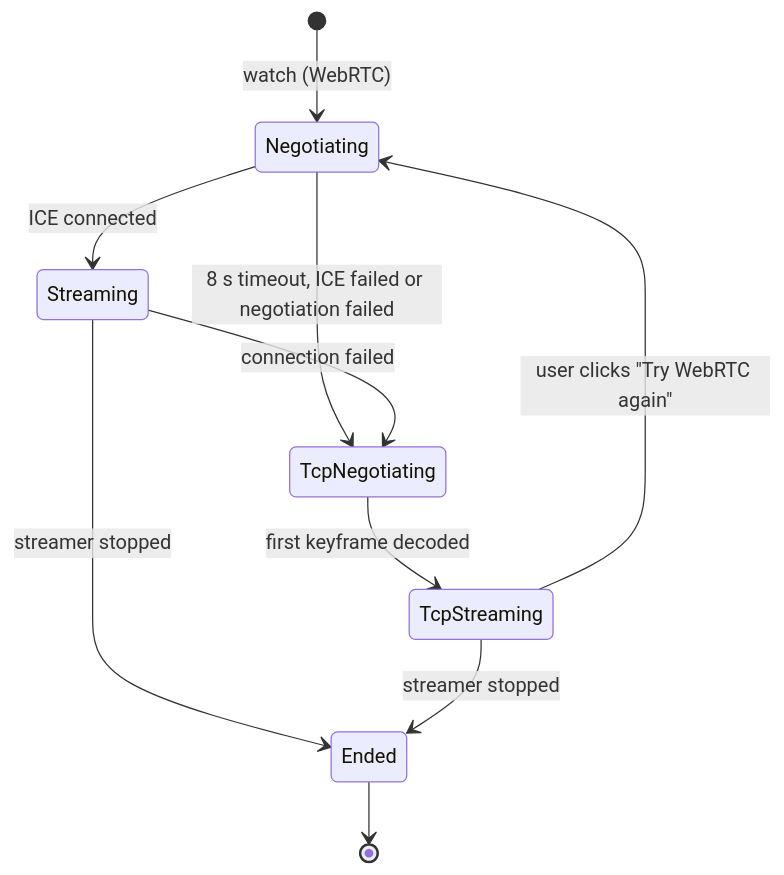
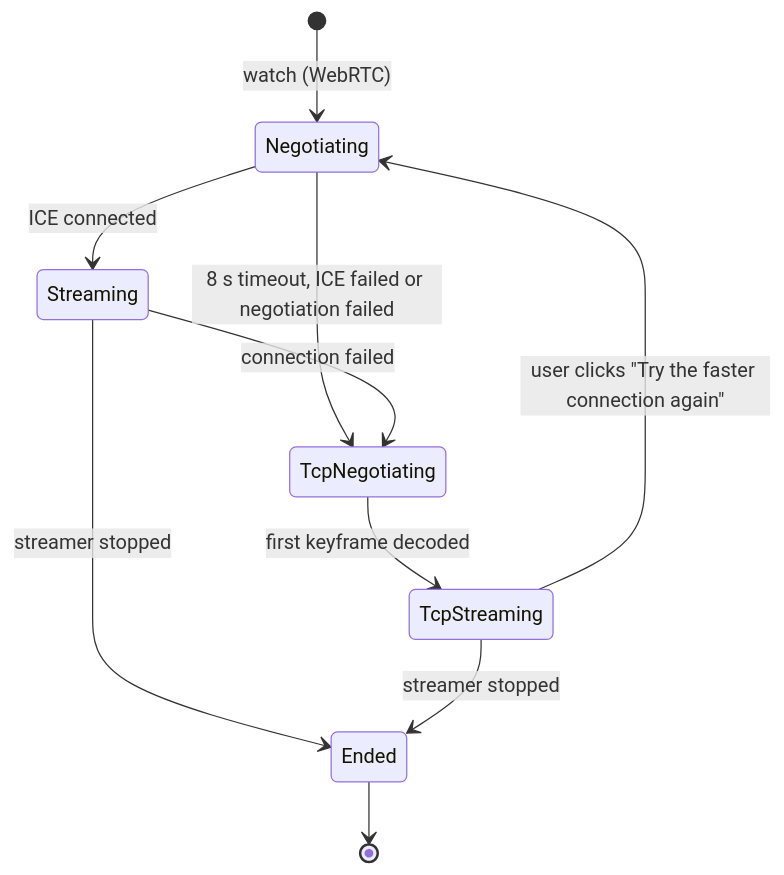
The fifth of 6 diagrams in docs/en-US/media-pipeline.md (nsfxu/lan-screenshare), drawn with Mermaid before and after one commit. The commit also changed other lines of this file and 13 other files, not shown here.

````diff
--- a/docs/en-US/media-pipeline.md
+++ b/docs/en-US/media-pipeline.md
@@ -176,12 +176,12 @@
 ```mermaid
 stateDiagram-v2
   [*] --> Negotiating: watch (WebRTC)
   Negotiating --> Streaming: ICE connected
   Negotiating --> TcpNegotiating: 8 s timeout, ICE failed or negotiation failed
   Streaming --> TcpNegotiating: connection failed
   TcpNegotiating --> TcpStreaming: first keyframe decoded
-  TcpStreaming --> Negotiating: user clicks "Try WebRTC again"
+  TcpStreaming --> Negotiating: user clicks "Try the faster connection again"
   Streaming --> Ended: streamer stopped
   TcpStreaming --> Ended: streamer stopped
   Ended --> [*]
 ```
````
